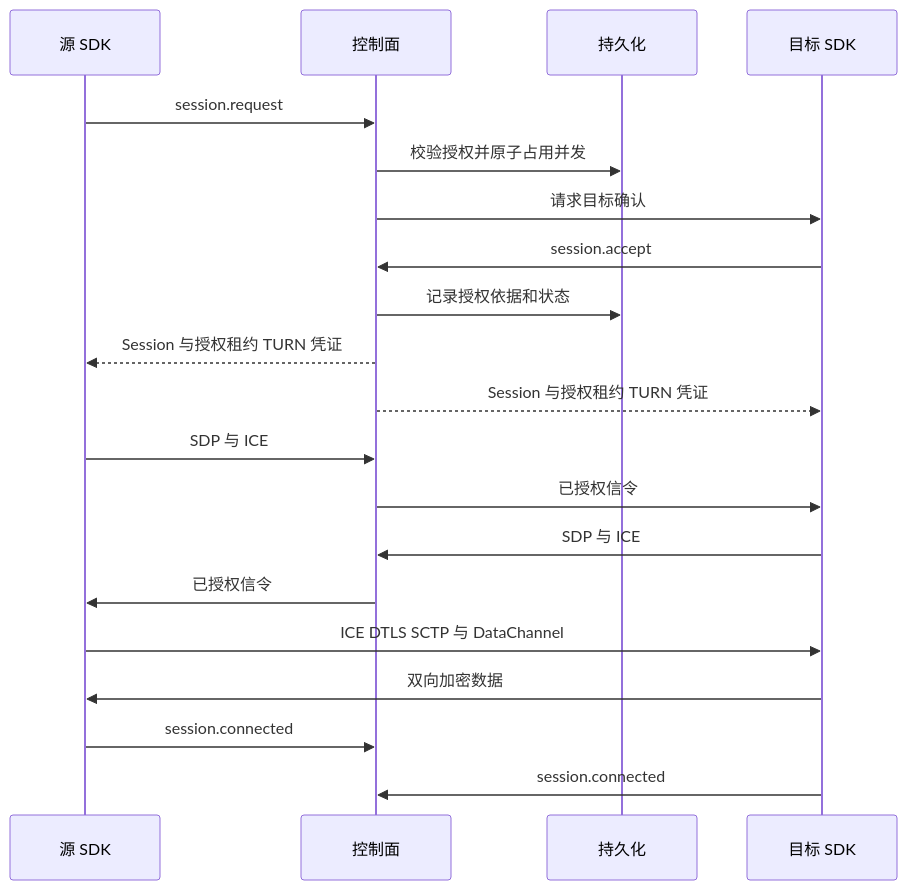
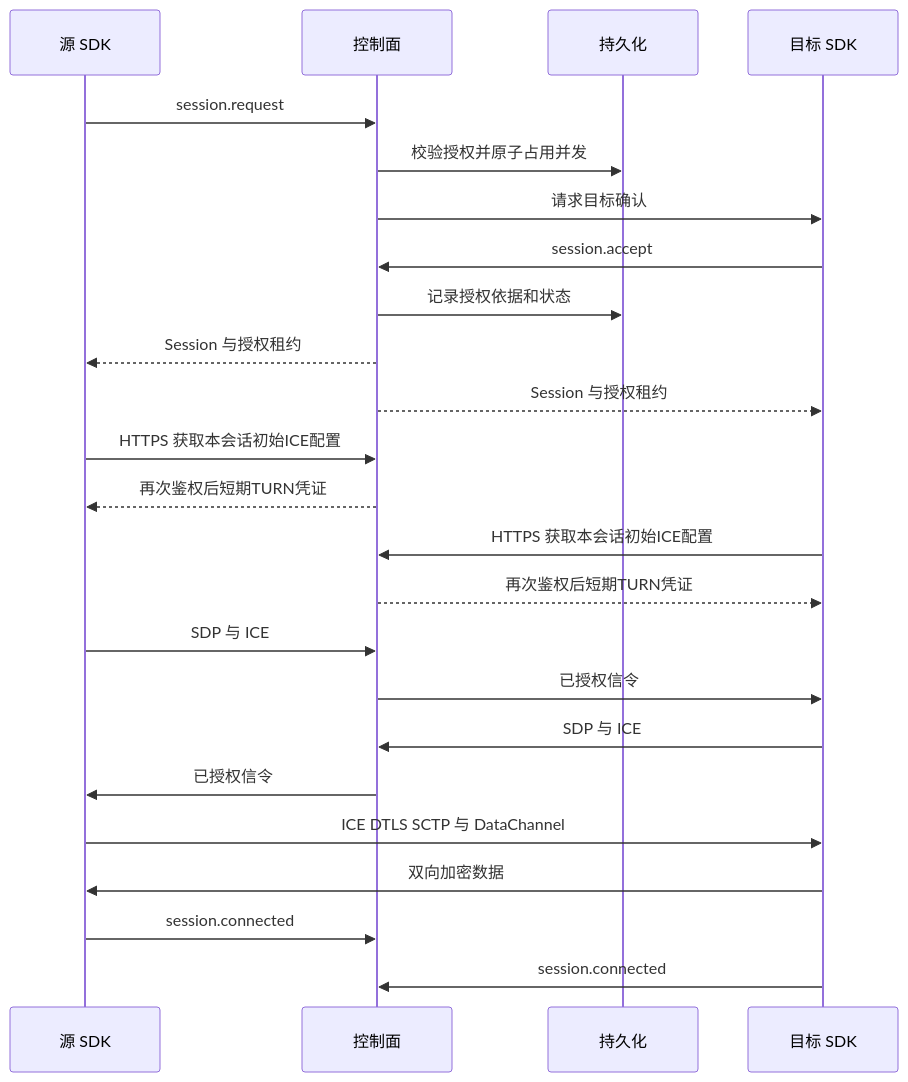
The fourth of 5 diagrams in docs/整体架构.md (barry-ran/peerloom), drawn with Mermaid before and after one commit. The commit also changed 20 other files, not shown here.

````diff
--- a/docs/整体架构.md
+++ b/docs/整体架构.md
@@ -142,22 +142,26 @@
 ```mermaid
 sequenceDiagram
     participant A as 源 SDK
     participant S as 控制面
     participant DB as 持久化
     participant B as 目标 SDK
     A->>S: session.request
     S->>DB: 校验授权并原子占用并发
     S->>B: 请求目标确认
     B->>S: session.accept
     S->>DB: 记录授权依据和状态
-    S-->>A: Session 与授权租约 TURN 凭证
-    S-->>B: Session 与授权租约 TURN 凭证
+    S-->>A: Session 与授权租约
+    S-->>B: Session 与授权租约
+    A->>S: HTTPS 获取本会话初始ICE配置
+    S-->>A: 再次鉴权后短期TURN凭证
+    B->>S: HTTPS 获取本会话初始ICE配置
+    S-->>B: 再次鉴权后短期TURN凭证
     A->>S: SDP 与 ICE
     S->>B: 已授权信令
     B->>S: SDP 与 ICE
     S->>A: 已授权信令
     A->>B: ICE DTLS SCTP 与 DataChannel
     B->>A: 双向加密数据
     A->>S: session.connected
     B->>S: session.connected
 ```
````
